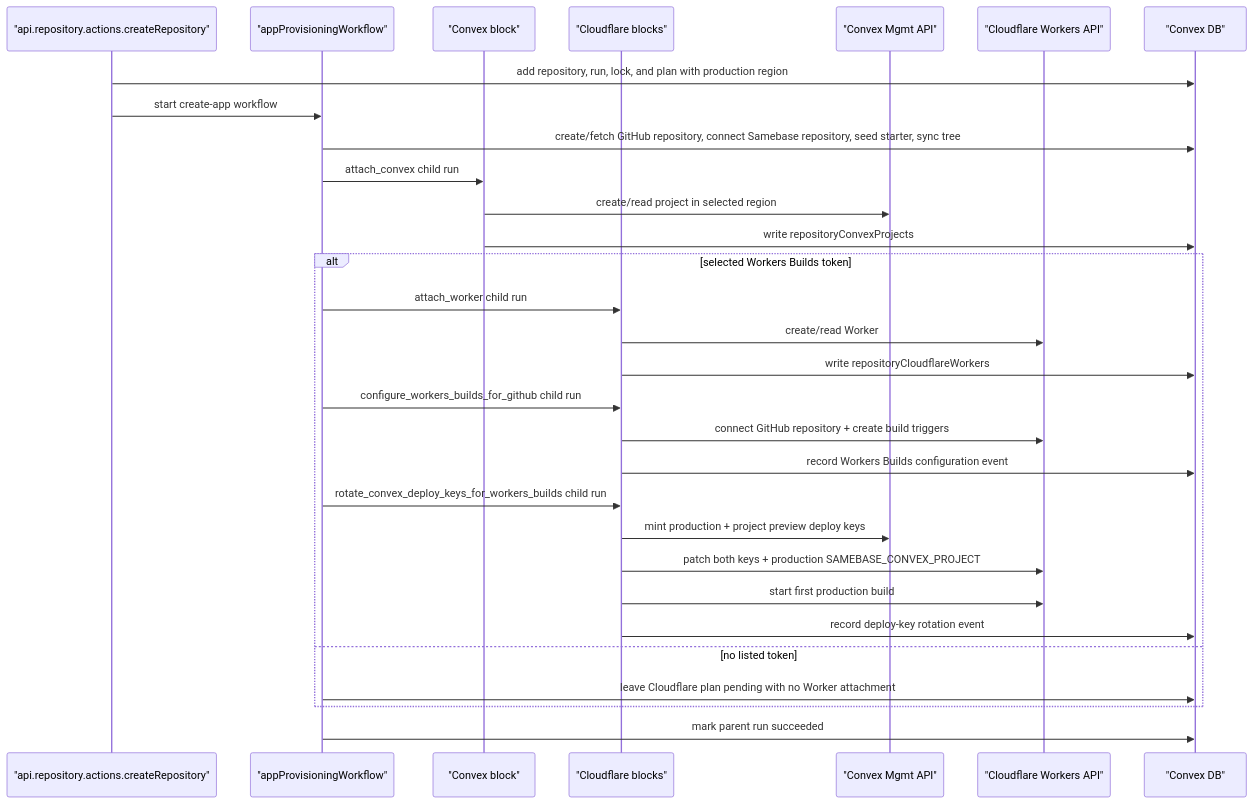
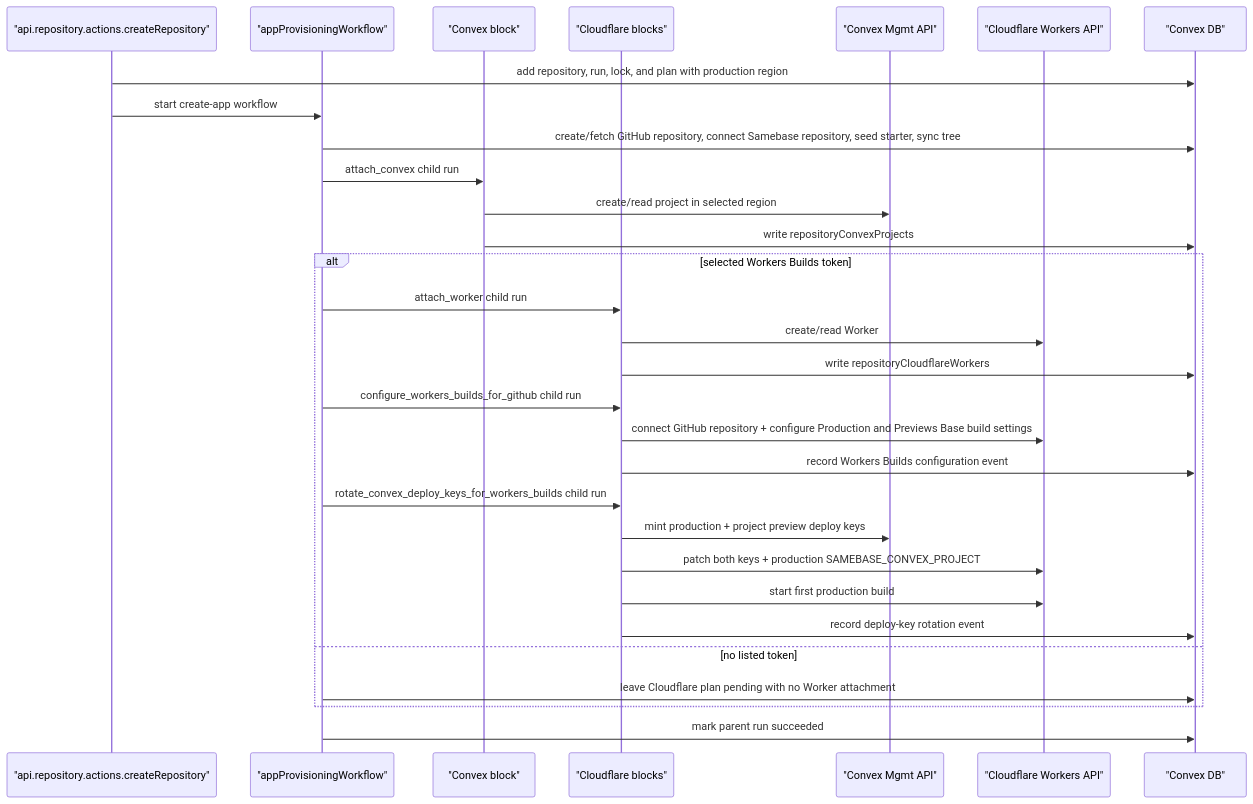
The diagram in specs/003_REPOSITORY_INFRA_PROVISIONING_SPEC.md (samebase/samebase), drawn with Mermaid before and after one commit. The commit also changed other lines of this file and 17 other files, not shown here.

````diff
--- a/specs/003_REPOSITORY_INFRA_PROVISIONING_SPEC.md
+++ b/specs/003_REPOSITORY_INFRA_PROVISIONING_SPEC.md
@@ -434,33 +442,33 @@
 ```mermaid
 sequenceDiagram
   participant VA as "api.repository.actions.createRepository"
   participant WF as "appProvisioningWorkflow"
   participant CVXB as "Convex block"
   participant CFB as "Cloudflare blocks"
   participant CVX as "Convex Mgmt API"
   participant CFL as "Cloudflare Workers API"
   participant DB as "Convex DB"
 
   VA->>DB: add repository, run, lock, and plan with production region
   VA->>WF: start create-app workflow
   WF->>DB: create/fetch GitHub repository, connect Samebase repository, seed starter, sync tree
   WF->>CVXB: attach_convex child run
   CVXB->>CVX: create/read project in selected region
   CVXB->>DB: write repositoryConvexProjects
   alt selected Workers Builds token
     WF->>CFB: attach_worker child run
     CFB->>CFL: create/read Worker
     CFB->>DB: write repositoryCloudflareWorkers
     WF->>CFB: configure_workers_builds_for_github child run
-    CFB->>CFL: connect GitHub repository + create build triggers
+    CFB->>CFL: connect GitHub repository + configure Production and Previews Base build settings
     CFB->>DB: record Workers Builds configuration event
     WF->>CFB: rotate_convex_deploy_keys_for_workers_builds child run
     CFB->>CVX: mint production + project preview deploy keys
     CFB->>CFL: patch both keys + production SAMEBASE_CONVEX_PROJECT
     CFB->>CFL: start first production build
     CFB->>DB: record deploy-key rotation event
   else no listed token
     WF->>DB: leave Cloudflare plan pending with no Worker attachment
   end
   WF->>DB: mark parent run succeeded
 ```
````
